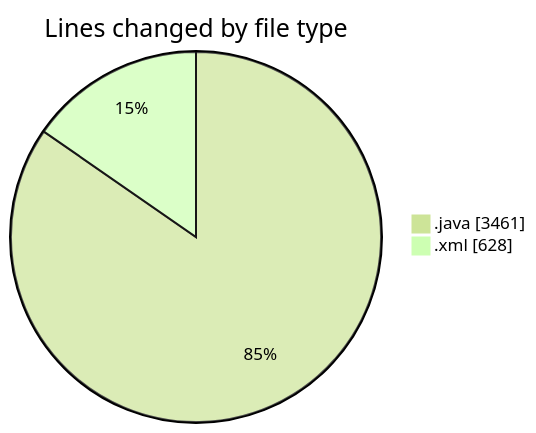
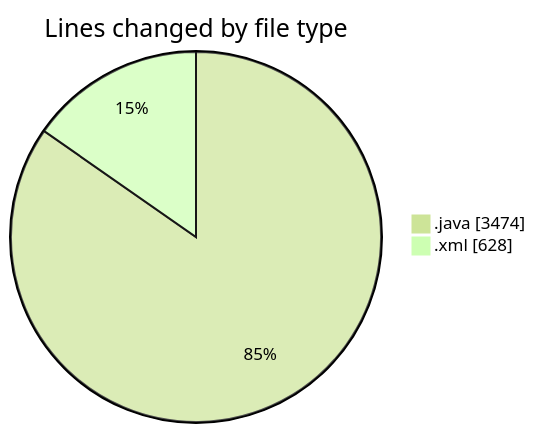
Before and after one commit to charlie-sans/code-tracking: the first of 2 diagrams in 2025-02-26/micros/README.md, drawn with Mermaid (forest theme). The commit also changed other lines of this file and 1 other file, not shown here.

````diff
--- a/2025-02-26/micros/README.md
+++ b/2025-02-26/micros/README.md
@@ -28,6 +28,6 @@
 ```mermaid
 pie showData
 title Lines changed by file type
-".java" : 3461
+".java" : 3474
 ".xml" : 628
 ```
````
